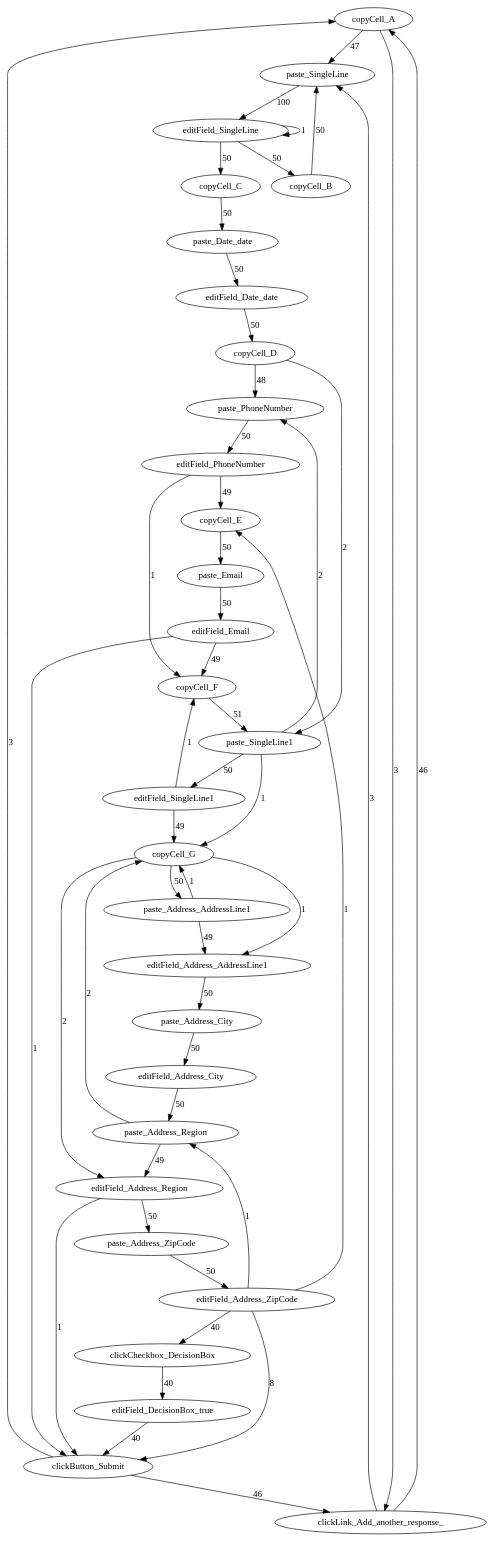
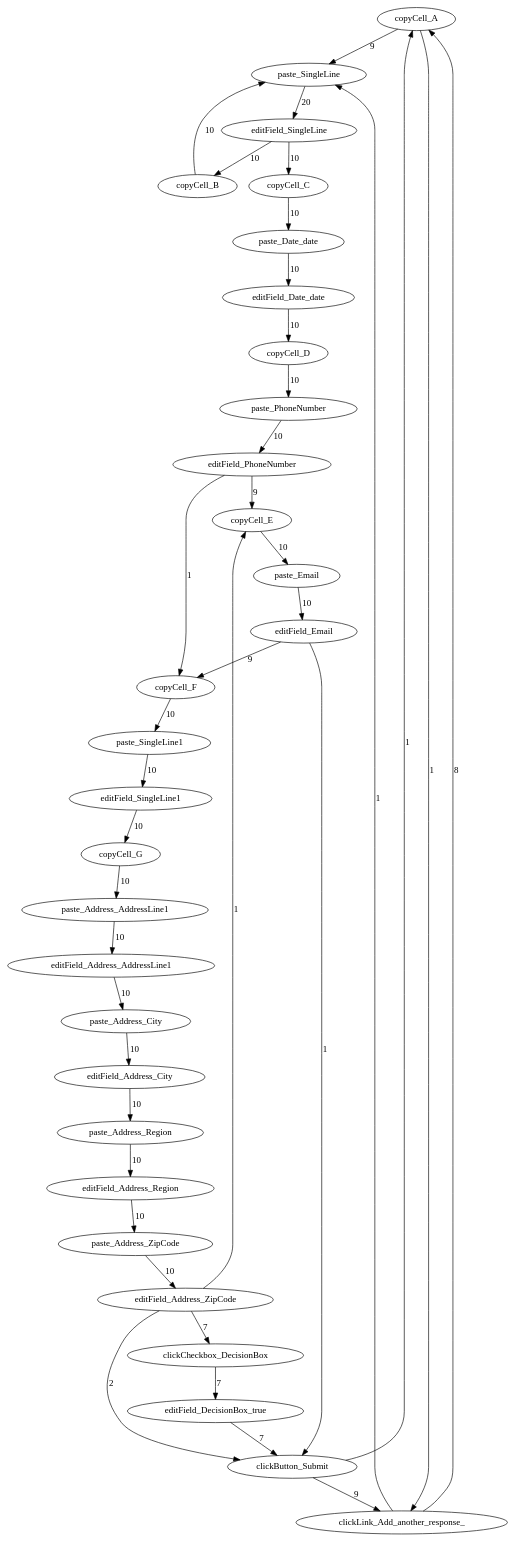
One commit to volodymyrLeno/RPM_Segmentator changed the diagram in TEMP.dot. Above: the diagram before and after it, drawn with Graphviz. The commit also changed 10 other files, not shown here.

```diff
--- a/TEMP.dot
+++ b/TEMP.dot
@@ -1,50 +1,39 @@
 digraph g {
-   copyCell_A -> paste_SingleLine [label=47];
-   paste_SingleLine -> editField_SingleLine [label=100];
-   editField_SingleLine -> copyCell_B [label=50];
-   copyCell_B -> paste_SingleLine [label=50];
-   editField_SingleLine -> copyCell_C [label=50];
-   copyCell_C -> paste_Date_date [label=50];
-   paste_Date_date -> editField_Date_date [label=50];
-   editField_Date_date -> copyCell_D [label=50];
-   copyCell_D -> paste_PhoneNumber [label=48];
-   paste_PhoneNumber -> editField_PhoneNumber [label=50];
-   editField_PhoneNumber -> copyCell_E [label=49];
-   copyCell_E -> paste_Email [label=50];
-   paste_Email -> editField_Email [label=50];
-   editField_Email -> copyCell_F [label=49];
-   copyCell_F -> paste_SingleLine1 [label=51];
-   paste_SingleLine1 -> editField_SingleLine1 [label=50];
-   editField_SingleLine1 -> copyCell_G [label=49];
-   copyCell_G -> paste_Address_AddressLine1 [label=50];
-   paste_Address_AddressLine1 -> editField_Address_AddressLine1 [label=49];
-   editField_Address_AddressLine1 -> paste_Address_City [label=50];
-   paste_Address_City -> editField_Address_City [label=50];
-   editField_Address_City -> paste_Address_Region [label=50];
-   paste_Address_Region -> editField_Address_Region [label=49];
-   editField_Address_Region -> paste_Address_ZipCode [label=50];
-   paste_Address_ZipCode -> editField_Address_ZipCode [label=50];
-   editField_Address_ZipCode -> clickButton_Submit [label=8];
-   clickButton_Submit -> clickLink_Add_another_response_ [label=46];
-   clickLink_Add_another_response_ -> copyCell_A [label=46];
-   editField_Address_ZipCode -> clickCheckbox_DecisionBox [label=40];
-   clickCheckbox_DecisionBox -> editField_DecisionBox_true [label=40];
-   editField_DecisionBox_true -> clickButton_Submit [label=40];
+   copyCell_A -> paste_SingleLine [label=9];
+   paste_SingleLine -> editField_SingleLine [label=20];
+   editField_SingleLine -> copyCell_B [label=10];
+   copyCell_B -> paste_SingleLine [label=10];
+   editField_SingleLine -> copyCell_C [label=10];
+   copyCell_C -> paste_Date_date [label=10];
+   paste_Date_date -> editField_Date_date [label=10];
+   editField_Date_date -> copyCell_D [label=10];
+   copyCell_D -> paste_PhoneNumber [label=10];
+   paste_PhoneNumber -> editField_PhoneNumber [label=10];
+   editField_PhoneNumber -> copyCell_E [label=9];
+   copyCell_E -> paste_Email [label=10];
+   paste_Email -> editField_Email [label=10];
+   editField_Email -> copyCell_F [label=9];
+   copyCell_F -> paste_SingleLine1 [label=10];
+   paste_SingleLine1 -> editField_SingleLine1 [label=10];
+   editField_SingleLine1 -> copyCell_G [label=10];
+   copyCell_G -> paste_Address_AddressLine1 [label=10];
+   paste_Address_AddressLine1 -> editField_Address_AddressLine1 [label=10];
+   editField_Address_AddressLine1 -> paste_Address_City [label=10];
+   paste_Address_City -> editField_Address_City [label=10];
+   editField_Address_City -> paste_Address_Region [label=10];
+   paste_Address_Region -> editField_Address_Region [label=10];
+   editField_Address_Region -> paste_Address_ZipCode [label=10];
+   paste_Address_ZipCode -> editField_Address_ZipCode [label=10];
+   editField_Address_ZipCode -> clickButton_Submit [label=2];
+   clickButton_Submit -> clickLink_Add_another_response_ [label=9];
+   clickLink_Add_another_response_ -> copyCell_A [label=8];
+   editField_Address_ZipCode -> clickCheckbox_DecisionBox [label=7];
+   clickCheckbox_DecisionBox -> editField_DecisionBox_true [label=7];
+   editField_DecisionBox_true -> clickButton_Submit [label=7];
    editField_PhoneNumber -> copyCell_F [label=1];
    editField_Address_ZipCode -> copyCell_E [label=1];
    editField_Email -> clickButton_Submit [label=1];
-   clickButton_Submit -> copyCell_A [label=3];
-   copyCell_A -> clickLink_Add_another_response_ [label=3];
-   clickLink_Add_another_response_ -> paste_SingleLine [label=3];
-   paste_Address_Region -> copyCell_G [label=2];
-   copyCell_G -> editField_Address_Region [label=2];
-   paste_Address_AddressLine1 -> copyCell_G [label=1];
-   copyCell_G -> editField_Address_AddressLine1 [label=1];
-   copyCell_D -> paste_SingleLine1 [label=2];
-   paste_SingleLine1 -> paste_PhoneNumber [label=2];
-   editField_SingleLine1 -> copyCell_F [label=1];
-   paste_SingleLine1 -> copyCell_G [label=1];
-   editField_SingleLine -> editField_SingleLine [label=1];
-   editField_Address_ZipCode -> paste_Address_Region [label=1];
-   editField_Address_Region -> clickButton_Submit [label=1];
+   clickButton_Submit -> copyCell_A [label=1];
+   copyCell_A -> clickLink_Add_another_response_ [label=1];
+   clickLink_Add_another_response_ -> paste_SingleLine [label=1];
 }
```
